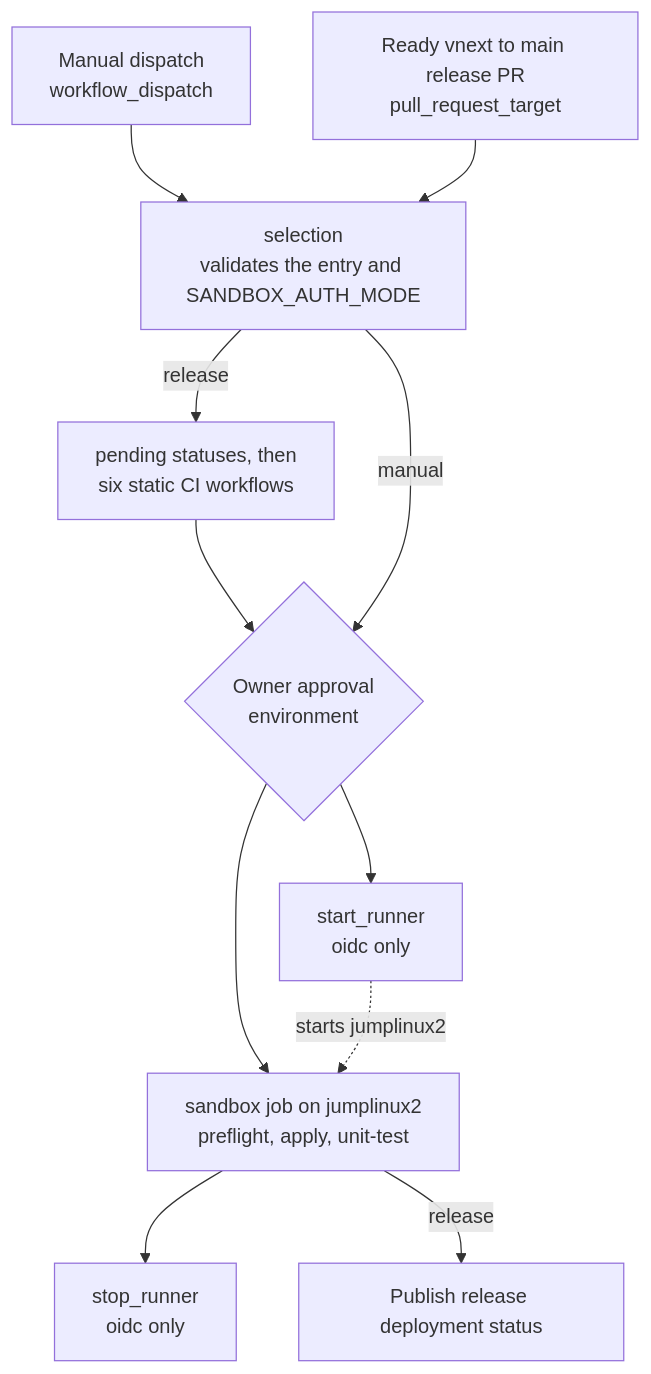
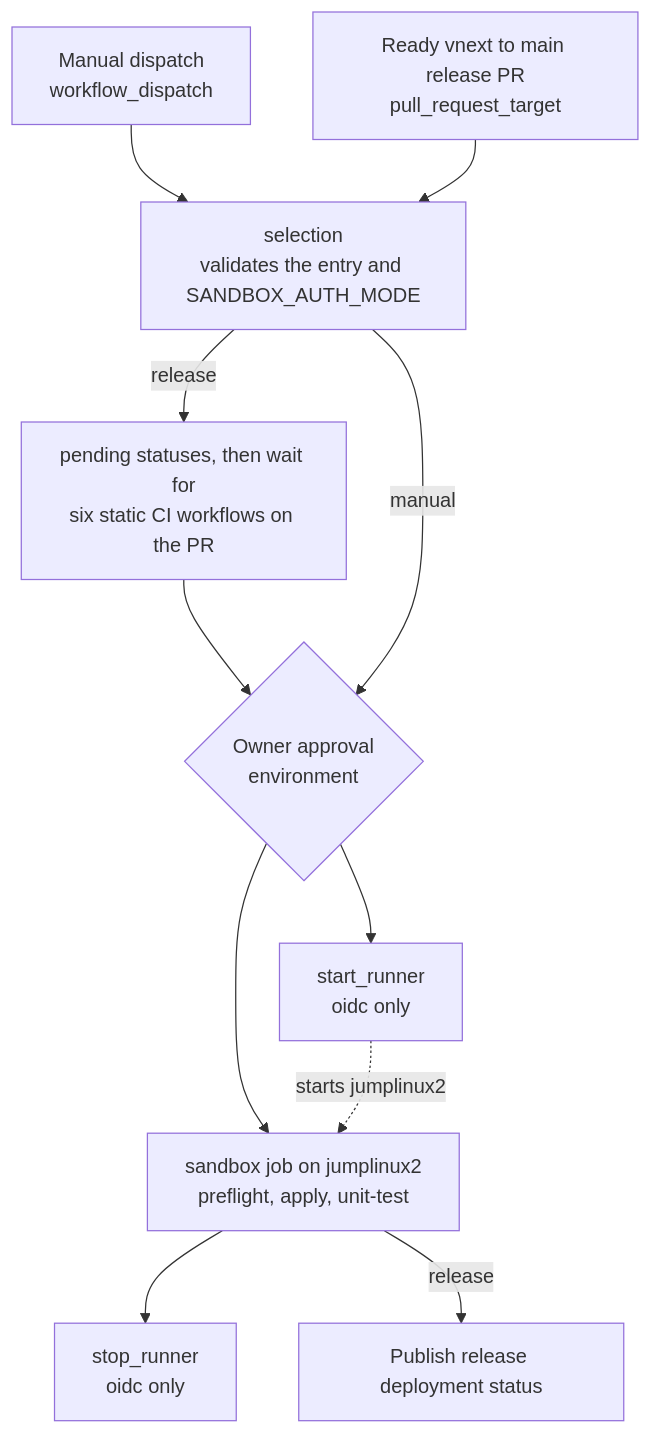
One commit to Azure-Samples/azuresandbox changed the third of 3 diagrams in extras/configurations/rg-devops-iac/README.md. Above: the diagram before and after it, drawn with Mermaid. The commit also changed other lines of this file and 8 other files, not shown here.

First line of the commit message:
Run release static CI as pull_request CI (#994)

````diff
--- a/extras/configurations/rg-devops-iac/README.md
+++ b/extras/configurations/rg-devops-iac/README.md
@@ -848,14 +848,14 @@
 ```mermaid
 flowchart TD
     manual["Manual dispatch<br/>workflow_dispatch"] --> sel
     release["Ready vnext to main release PR<br/>pull_request_target"] --> sel
     sel["selection<br/>validates the entry and SANDBOX_AUTH_MODE"]
-    sel -- release --> ci["pending statuses, then<br/>six static CI workflows"]
+    sel -- release --> ci["pending statuses, then wait for<br/>six static CI workflows on the PR"]
     ci --> appr
     sel -- manual --> appr{"Owner approval<br/>environment"}
     appr --> start["start_runner<br/>oidc only"]
     appr --> sb["sandbox job on jumplinux2<br/>preflight, apply, unit-test"]
     start -. starts jumplinux2 .-> sb
     sb --> stop["stop_runner<br/>oidc only"]
     sb -- release --> status["Publish release deployment status"]
 ```
````
